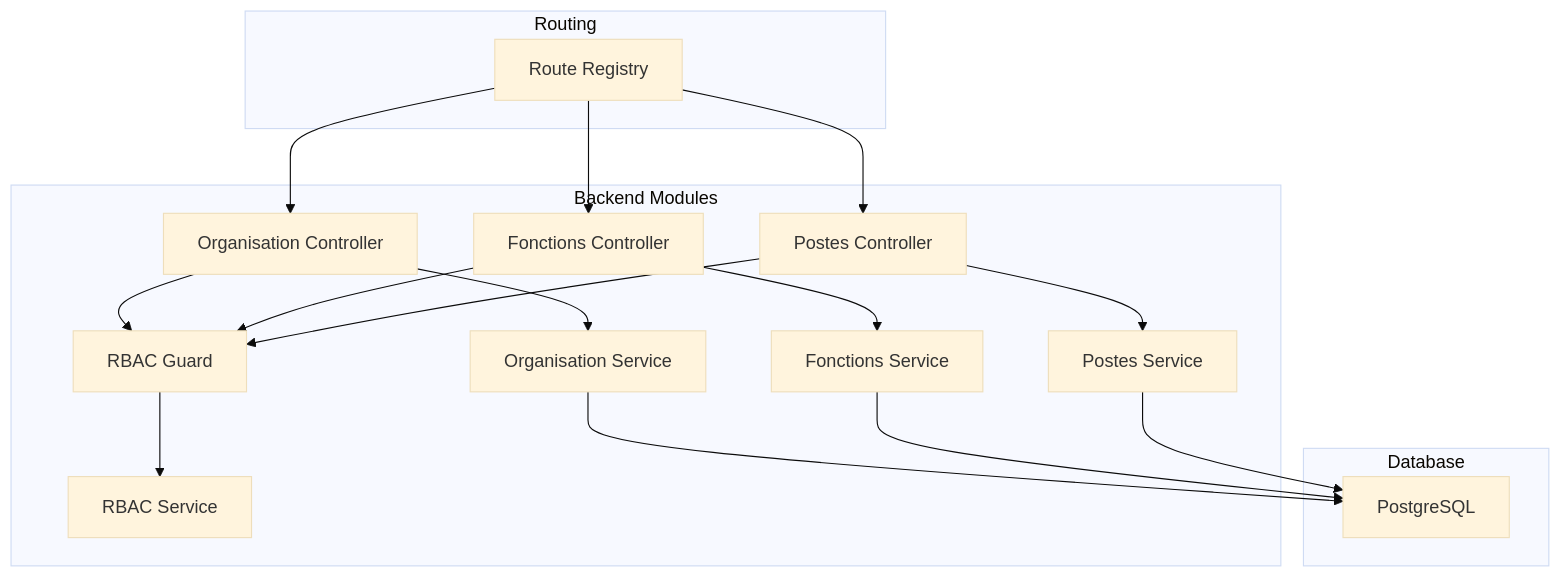
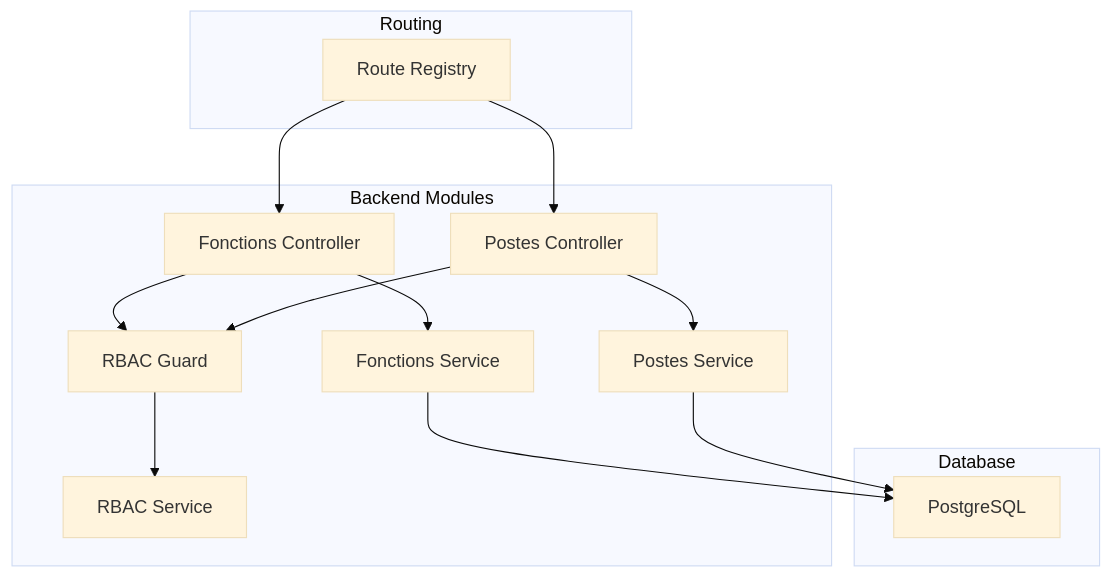
Before and after one commit to franckylab/eLISAschool: the first of 7 diagrams in .qoder/repowiki/en/content/Human Resources Management/Personnel Administration/Organizational Structure.md, drawn with Mermaid (base theme). The commit also changed other lines of this file and 483 other files, not shown here.

````diff
--- a/.qoder/repowiki/en/content/Human Resources Management/Personnel Administration/Organizational Structure.md
+++ b/.qoder/repowiki/en/content/Human Resources Management/Personnel Administration/Organizational Structure.md
@@ -42,32 +48,26 @@
 ```mermaid
 graph TB
 subgraph "Database"
 DB["PostgreSQL"]
 end
 subgraph "Backend Modules"
-OrgCtrl["Organisation Controller"]
-OrgSvc["Organisation Service"]
 FonCtrl["Fonctions Controller"]
 FonSvc["Fonctions Service"]
 PostCtrl["Postes Controller"]
 PostSvc["Postes Service"]
 RbacGuard["RBAC Guard"]
 RbacSvc["RBAC Service"]
 end
 subgraph "Routing"
 Router["Route Registry"]
 end
-Router --> OrgCtrl
 Router --> FonCtrl
 Router --> PostCtrl
-OrgCtrl --> OrgSvc
 FonCtrl --> FonSvc
 PostCtrl --> PostSvc
-OrgSvc --> DB
 FonSvc --> DB
 PostSvc --> DB
-OrgCtrl --> RbacGuard
 FonCtrl --> RbacGuard
 PostCtrl --> RbacGuard
 RbacGuard --> RbacSvc
 ```
````
